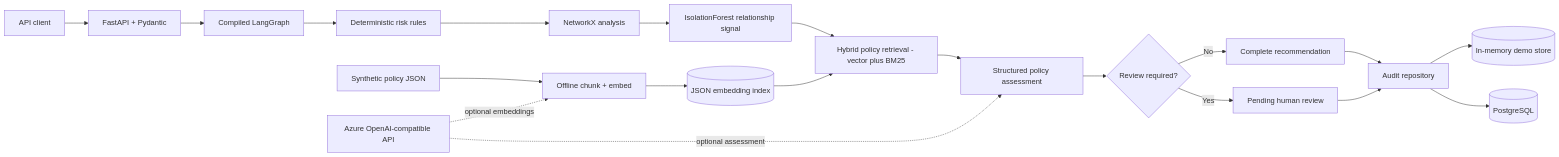
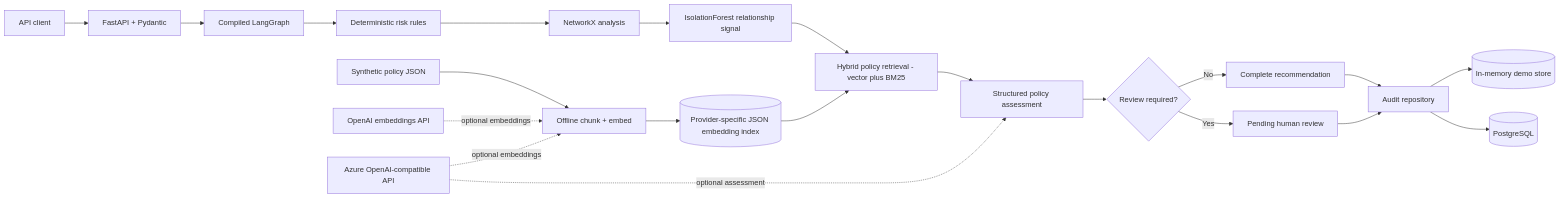
Before and after one commit to joffie89/agentic-fincrime-investigation: the diagram in README.md, drawn with Mermaid. The commit also changed other lines of this file and 13 other files, not shown here.

Commit message:
Document retrieval results and default to vector retrieval for OpenAI embeddings

````diff
--- a/README.md
+++ b/README.md
@@ -35,22 +35,23 @@
 ```mermaid
 flowchart LR
     Client[API client] --> API[FastAPI + Pydantic]
     API --> LG[Compiled LangGraph]
     LG --> Risk[Deterministic risk rules]
     Risk --> Graph[NetworkX analysis]
     Graph --> Anomaly[IsolationForest relationship signal]
     Anomaly --> Retrieve[Hybrid policy retrieval - vector plus BM25]
     Retrieve --> Assess[Structured policy assessment]
     Assess --> Route{Review required?}
     Route -->|No| Complete[Complete recommendation]
     Route -->|Yes| Human[Pending human review]
     Complete --> Audit[Audit repository]
     Human --> Audit
     Audit --> Memory[(In-memory demo store)]
     Audit --> Postgres[(PostgreSQL)]
     Policies[Synthetic policy JSON] --> Ingest[Offline chunk + embed]
-    Ingest --> Index[(JSON embedding index)]
+    Ingest --> Index[(Provider-specific JSON embedding index)]
     Index --> Retrieve
+    OpenAI[OpenAI embeddings API] -. optional embeddings .-> Ingest
     Azure[Azure OpenAI-compatible API] -. optional assessment .-> Assess
     Azure -. optional embeddings .-> Ingest
 ```
````
